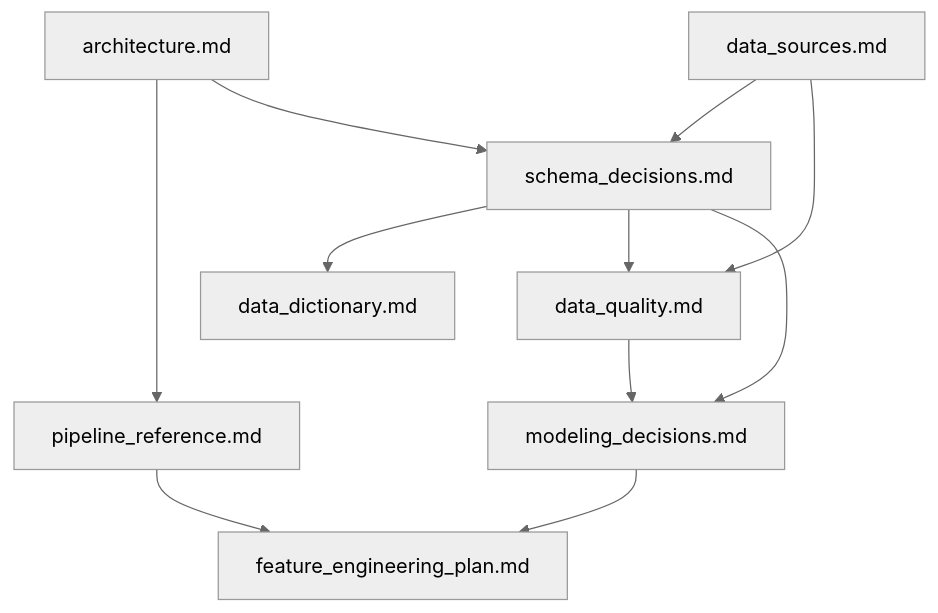
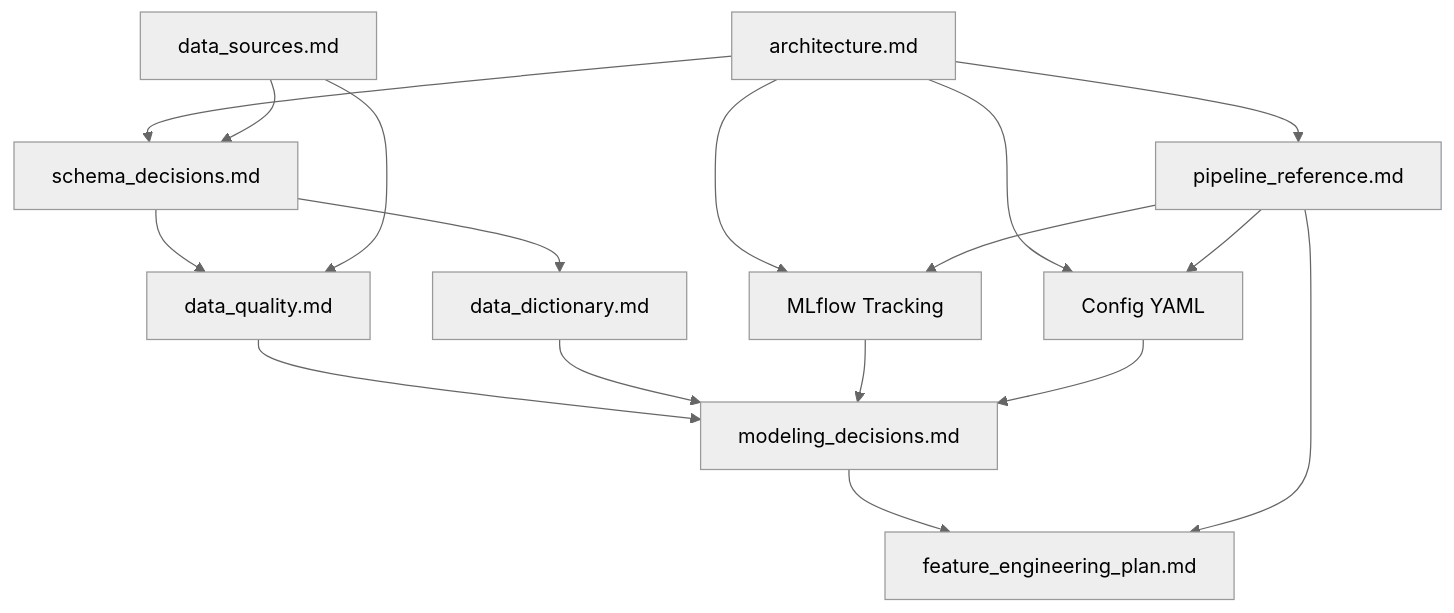
One commit to manuelpeba/market-value-football-tfm changed the diagram in docs/README.md. Above: the diagram before and after it, drawn with Mermaid (neutral theme). The commit also changed other lines of this file and 23 other files, not shown here.

First line of the commit message:
feat: add MLflow experiment tracking and centralized configuration

````diff
--- a/docs/README.md
+++ b/docs/README.md
@@ -99,18 +108,25 @@
 ```mermaid
 flowchart TD
 
 A[architecture.md] --> B[pipeline_reference.md]
 A --> C[schema_decisions.md]
+A --> I[MLflow Tracking]
+A --> J[Config YAML]
+
+B --> I
+B --> J
 
 C --> D[data_dictionary.md]
 C --> E[data_quality.md]
 
 F[data_sources.md] --> C
 F --> E
 
-C --> G[modeling_decisions.md]
-E --> G
+E --> G[modeling_decisions.md]
+D --> G
 
 G --> H[feature_engineering_plan.md]
 B --> H
+I --> G
+J --> G
 ```
````
